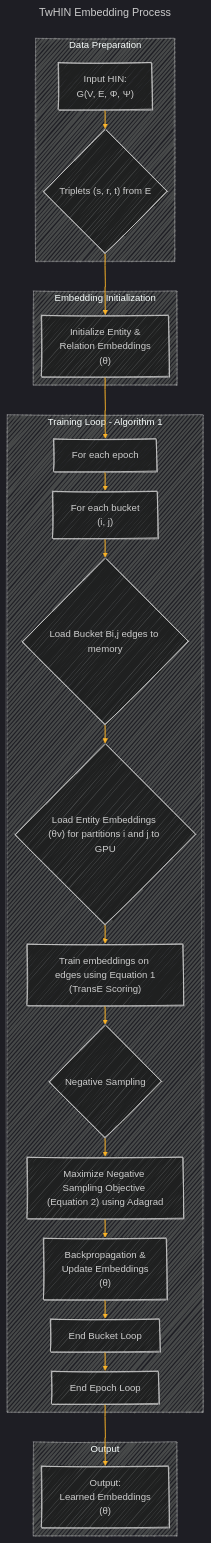
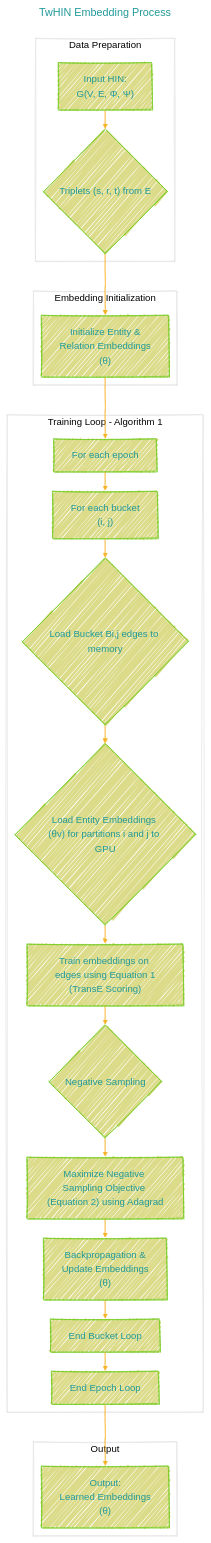
The third of 6 diagrams in X/TwHIN_Drarft_1.md (CongLeSolutionX/AlgoVerse), drawn with Mermaid before and after one commit.

Commit message:
update notes

````diff
--- a/X/TwHIN_Drarft_1.md
+++ b/X/TwHIN_Drarft_1.md
@@ -231,49 +231,49 @@
 ```mermaid
 ---
 title: "TwHIN Embedding Process"
 config:
   layout: elk
   look: handDrawn
-  theme: dark
+  theme: base
 ---
 %%%%%%%% Mermaid version v11.4.1-b.14
 %%%%%%%% Available curve styles include the following keywords:
 %% basis, bumpX, bumpY, cardinal, catmullRom, linear, monotoneX, monotoneY, natural, step, stepAfter, stepBefore.
 %%{
   init: {
     "flowchart": { "htmlLabels": false, 'curve': 'linear' },
     'fontFamily': 'Fantasy',
     'themeVariables': {
-      'primaryColor': '#BB2528',
-      'primaryTextColor': '#f529',
-      'primaryBorderColor': '#7C0000',
+      'primaryColor': '#BB28',
+      'primaryTextColor': '#299',
+      'primaryBorderColor': '#7c2',
       'lineColor': '#F8B229',
       'secondaryColor': '#006100',
       'tertiaryColor': '#fff'
     }
   }
 }%%
 flowchart TD
     subgraph Data_Preparation["Data Preparation"]
         A["Input HIN:<br>G(V, E, Φ, Ψ)"] --> B{"Triplets (s, r, t) from E"}
     end
     subgraph Embedding_Initialization["Embedding Initialization"]
         C["Initialize Entity &<br>Relation Embeddings<br>(θ)"]
     end
     subgraph Training_Loop_Algorithm_1["Training Loop - Algorithm 1"]
         D["For each epoch"] --> E["For each bucket<br>(i, j)"]
         E --> F{"Load Bucket Bi,j edges to memory"}
         F --> G{"Load Entity Embeddings (θv) for partitions i and j to GPU"}
         G --> H["Train embeddings on edges using Equation 1<br>(TransE Scoring)"]
         H --> I{"Negative Sampling"}
         I --> J["Maximize Negative Sampling Objective (Equation 2) using Adagrad"]
         J --> K["Backpropagation &<br>Update Embeddings<br>(θ)"]
         K --> L["End Bucket Loop"]
         L --> M["End Epoch Loop"]
     end
     subgraph Output
         M --> N["Output:<br>Learned Embeddings<br>(θ)"]
     end
     B --> C
     C --> D
 ```
````
